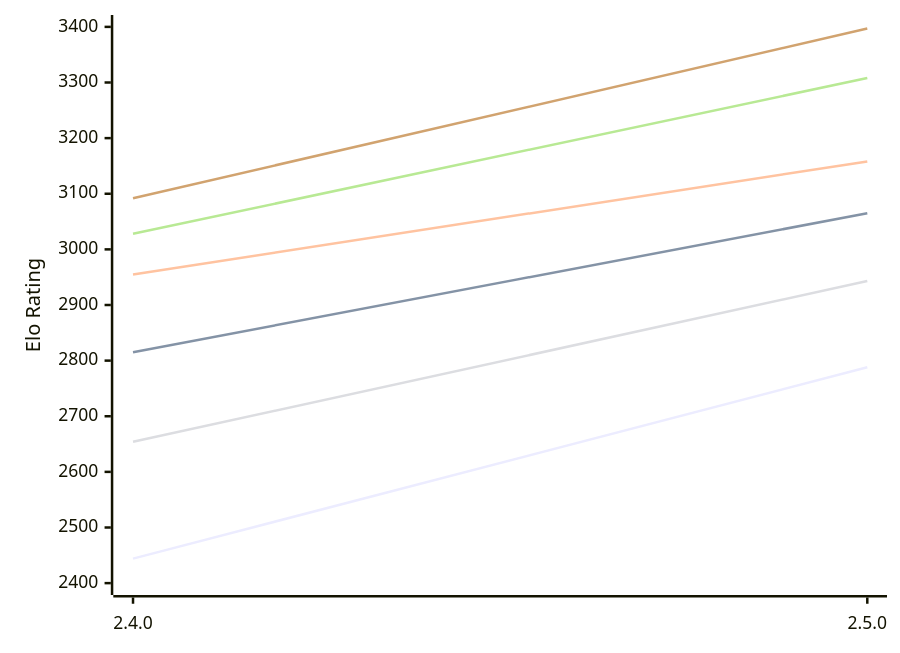
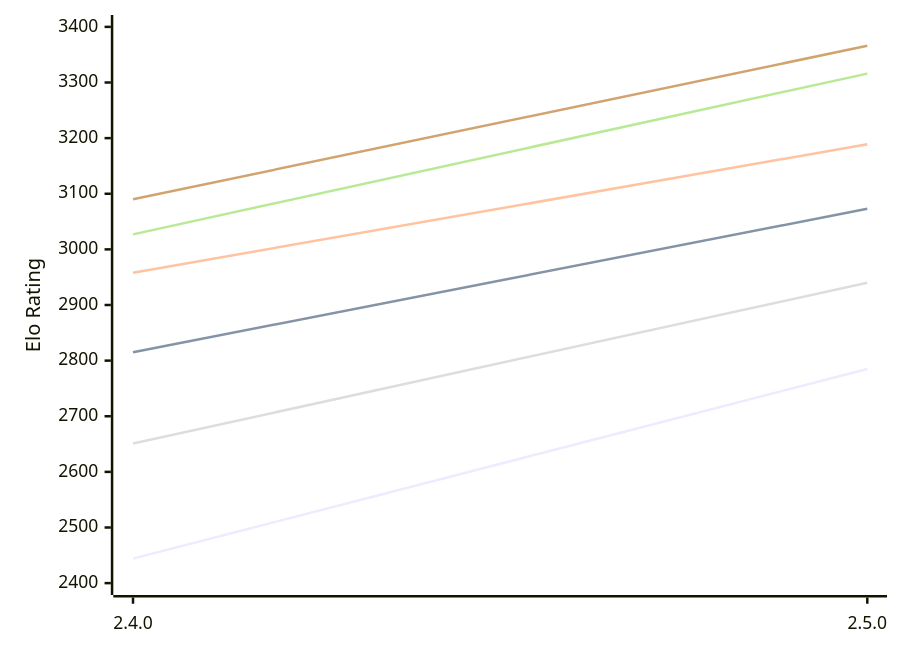
Before and after one commit to computer-chess-index/cci: the diagram in engines/Rarog.md, drawn with Mermaid. The commit also changed other lines of this file, not shown here.

Commit message:
Update CCI Ratings (ELO VLTC) - 2026-10-15

````diff
--- a/engines/Rarog.md
+++ b/engines/Rarog.md
@@ -49,12 +49,12 @@
 ```mermaid
 %%{init: {"theme":"base","themeVariables":{"seriesColors:['#a3a3a3','#222221','#faa371']}}}%%
 xychart-beta
   x-axis ["2.4.0", "2.5.0"]
   y-axis "Elo Rating" 2400 --> 3400
-  line "E1: STC (8.0+0.08s)" [2444, 2788]
-  line "E1: LTC (60.0+0.60s)" [2815, 3065]
-  line "E1: VLTC (2m24s+1.12s)" [2955, 3158]
-  line "P1: STC (8.0+0.08s)" [2654, 2943]
-  line "P1: LTC (60.0+0.60s)" [3028, 3308]
-  line "P1: VLTC (2m24s+1.12s)" [3092, 3397]
+  line "E1: STC (8.0+0.08s)" [2444, 2785]
+  line "E1: LTC (60.0+0.60s)" [2815, 3073]
+  line "E1: VLTC (2m24s+1.12s)" [2958, 3189]
+  line "P1: STC (8.0+0.08s)" [2651, 2940]
+  line "P1: LTC (60.0+0.60s)" [3027, 3316]
+  line "P1: VLTC (2m24s+1.12s)" [3090, 3366]
 ```
````
